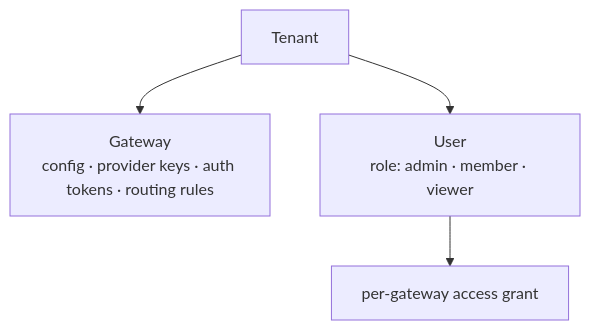
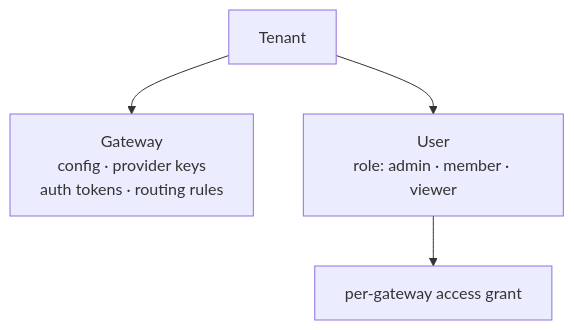
The diagram in docs/docs.md/concepts/multi-tenancy.md (Myra-Security-GmbH/myraai-ios), drawn with Mermaid before and after one commit. The commit also changed other lines of this file and 12 other files, not shown here.

````diff
--- a/docs/docs.md/concepts/multi-tenancy.md
+++ b/docs/docs.md/concepts/multi-tenancy.md
@@ -15,7 +15,7 @@
 ```mermaid
 graph TD
     T[Tenant]
-    T --> G["Gateway<br/>config · provider keys · auth tokens · routing rules"]
-    T --> U[User\nrole: admin · member · viewer]
+    T --> G["Gateway<br/>config · provider keys<br/>auth tokens · routing rules"]
+    T --> U["User<br/>role: admin · member · viewer"]
     U --> GA[per-gateway access grant]
 ```
````
